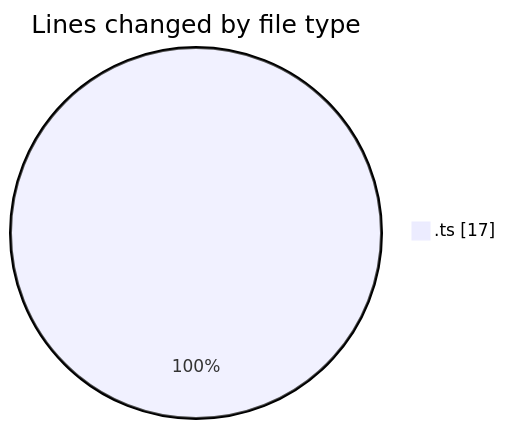
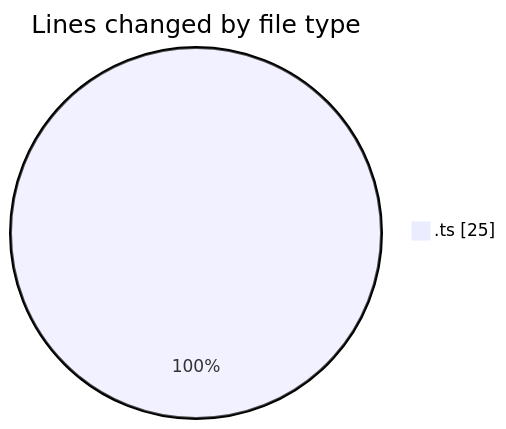
Before and after one commit to momahboobian/code-tracking: the first of 2 diagrams in 2025-07-31/cda/README.md, drawn with Mermaid. The commit also changed other lines of this file and 1 other file, not shown here.

````diff
--- a/2025-07-31/cda/README.md
+++ b/2025-07-31/cda/README.md
@@ -20,5 +20,5 @@
 ```mermaid
 pie showData
 title Lines changed by file type
-".ts" : 17
+".ts" : 25
 ```
````
